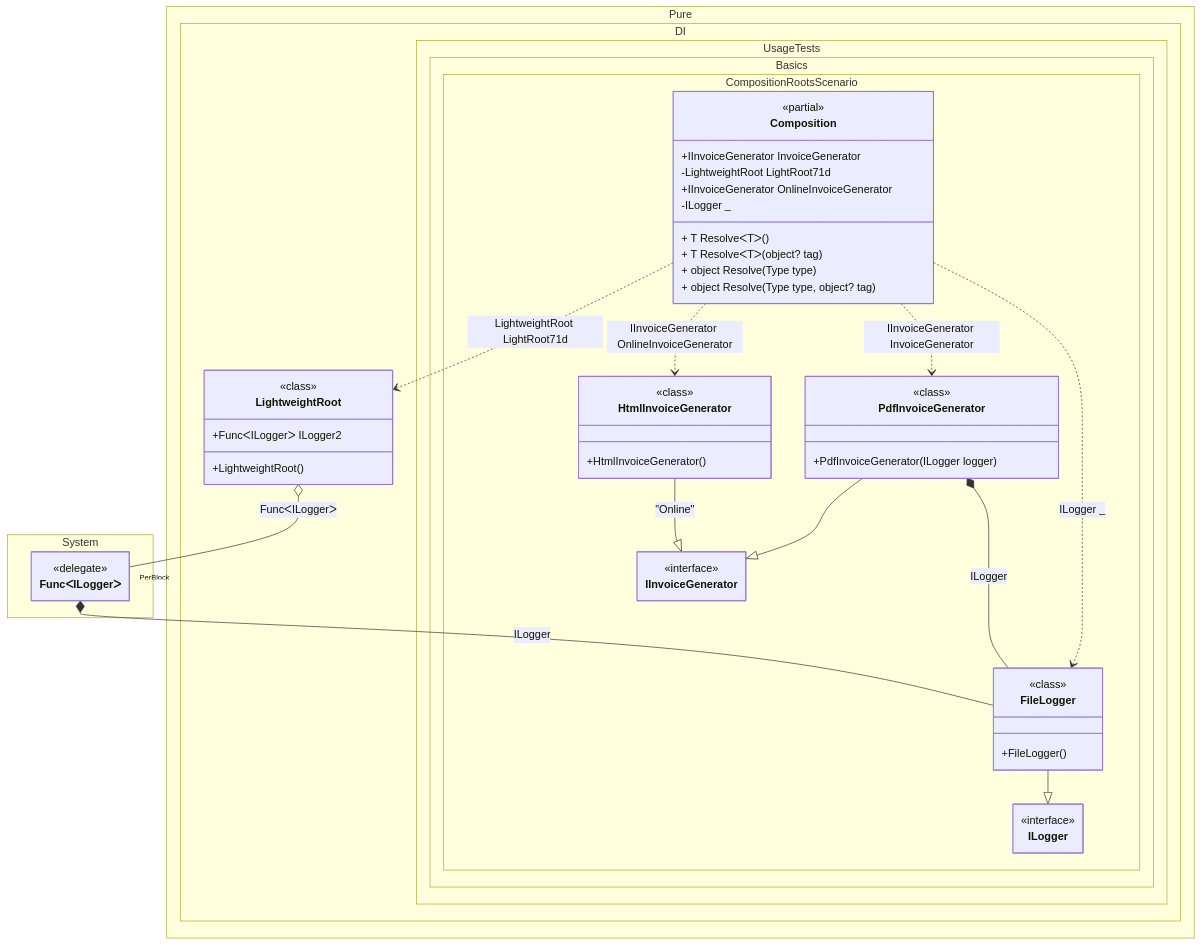
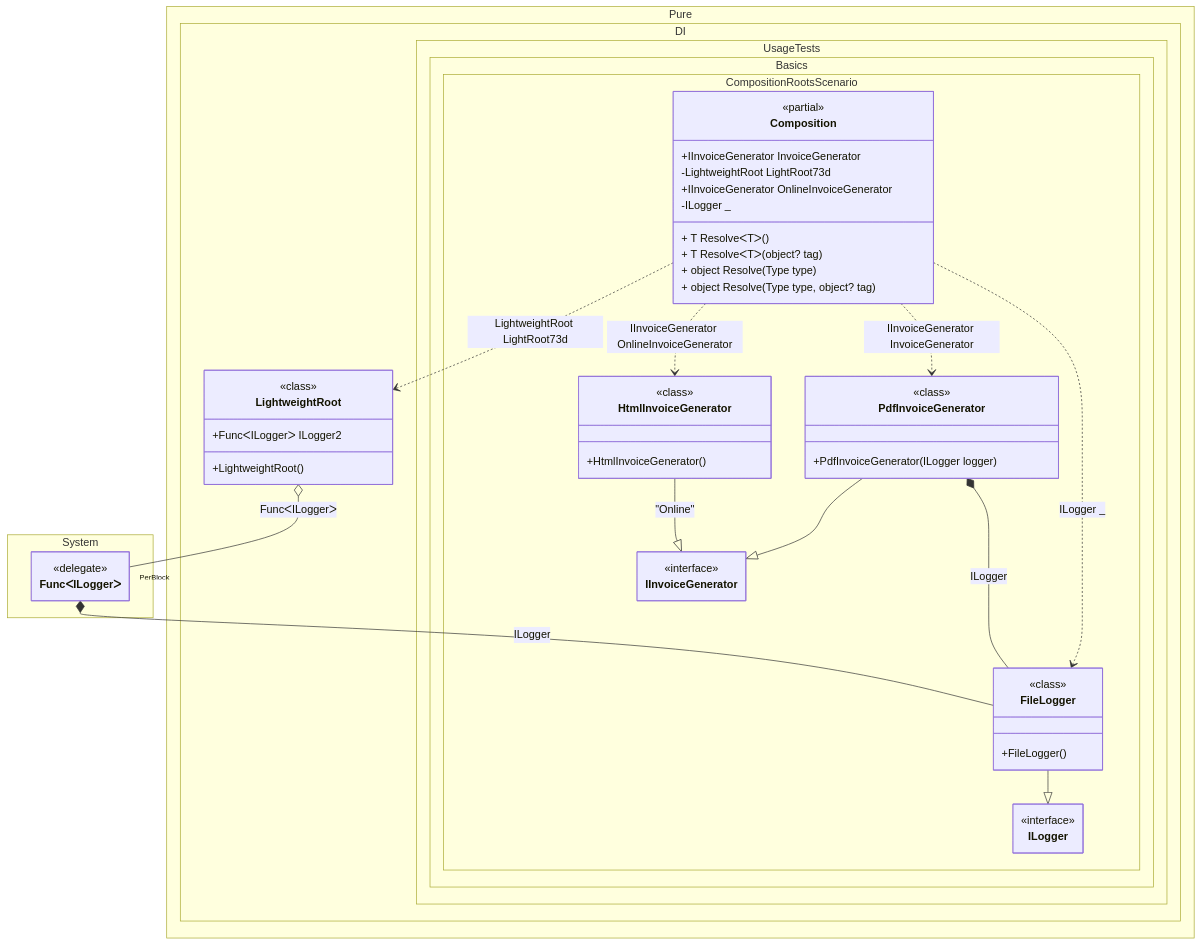
One commit to DevTeam/Pure.DI changed the diagram in readme/composition-roots.md. Above: the diagram before and after it, drawn with Mermaid. The commit also changed 284 other files, not shown here.

````diff
--- a/readme/composition-roots.md
+++ b/readme/composition-roots.md
@@ -319,63 +319,63 @@
 ```mermaid
 ---
  config:
   maxTextSize: 2147483647
   maxEdges: 2147483647
   class:
    hideEmptyMembersBox: true
 ---
 classDiagram
 	PdfInvoiceGenerator --|> IInvoiceGenerator
 	HtmlInvoiceGenerator --|> IInvoiceGenerator : "Online" 
 	FileLogger --|> ILogger
-	Composition ..> LightweightRoot : LightweightRoot LightRoot71d
+	Composition ..> LightweightRoot : LightweightRoot LightRoot73d
 	Composition ..> HtmlInvoiceGenerator : IInvoiceGenerator OnlineInvoiceGenerator
 	Composition ..> FileLogger : ILogger _
 	Composition ..> PdfInvoiceGenerator : IInvoiceGenerator InvoiceGenerator
 	PdfInvoiceGenerator *--  FileLogger : ILogger
 	LightweightRoot o-- "PerBlock" FuncᐸILoggerᐳ : FuncᐸILoggerᐳ
 	FuncᐸILoggerᐳ *--  FileLogger : ILogger
 	namespace Pure.DI {
 		class LightweightRoot {
 				<<class>>
 			+LightweightRoot()
 			+FuncᐸILoggerᐳ ILogger2
 		}
 	}
 	namespace Pure.DI.UsageTests.Basics.CompositionRootsScenario {
 		class Composition {
 		<<partial>>
 		+IInvoiceGenerator InvoiceGenerator
-		-LightweightRoot LightRoot71d
+		-LightweightRoot LightRoot73d
 		+IInvoiceGenerator OnlineInvoiceGenerator
 		-ILogger _
 		+ T ResolveᐸTᐳ()
 		+ T ResolveᐸTᐳ(object? tag)
 		+ object Resolve(Type type)
 		+ object Resolve(Type type, object? tag)
 		}
 		class FileLogger {
 				<<class>>
 			+FileLogger()
 		}
 		class HtmlInvoiceGenerator {
 				<<class>>
 			+HtmlInvoiceGenerator()
 		}
 		class IInvoiceGenerator {
 			<<interface>>
 		}
 		class ILogger {
 			<<interface>>
 		}
 		class PdfInvoiceGenerator {
 				<<class>>
 			+PdfInvoiceGenerator(ILogger logger)
 		}
 	}
 	namespace System {
 		class FuncᐸILoggerᐳ {
 				<<delegate>>
 		}
 	}
 ```
````
